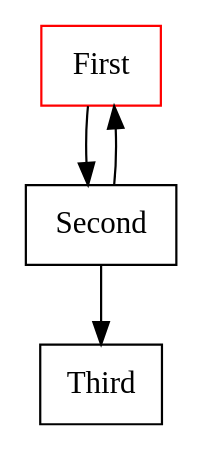
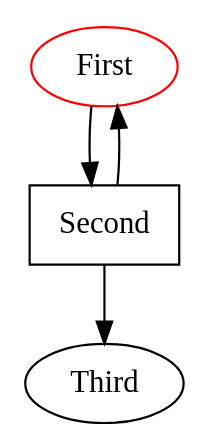
Before and after one commit to emden-norfolk/fountainedge: the diagram in examples/test1_1.dot, drawn with Graphviz. The commit also changed 11 other files, not shown here.

```diff
--- a/examples/test1_1.dot
+++ b/examples/test1_1.dot
@@ -1,11 +1,11 @@
 digraph G {
 
-  v0 [label="First",id="1",shape="box",color="red"]
-  v1 [label="Second",id="2",shape="box"]
-  v2 [label="Third",id="3",shape="box"]
+  v0 [label="First",id="1",shape="oval",color="red"]
+  v1 [label="Second",id="2",shape="box",color="black"]
+  v2 [label="Third",id="3",shape="oval",color="black"]
 
   v0 -> v1
   v1 -> v2
   v1 -> v0
 
 }
```
